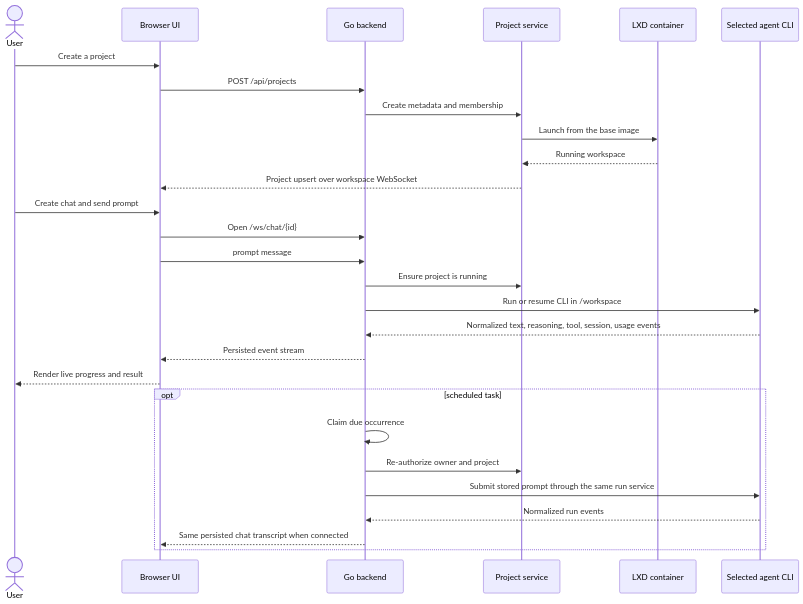
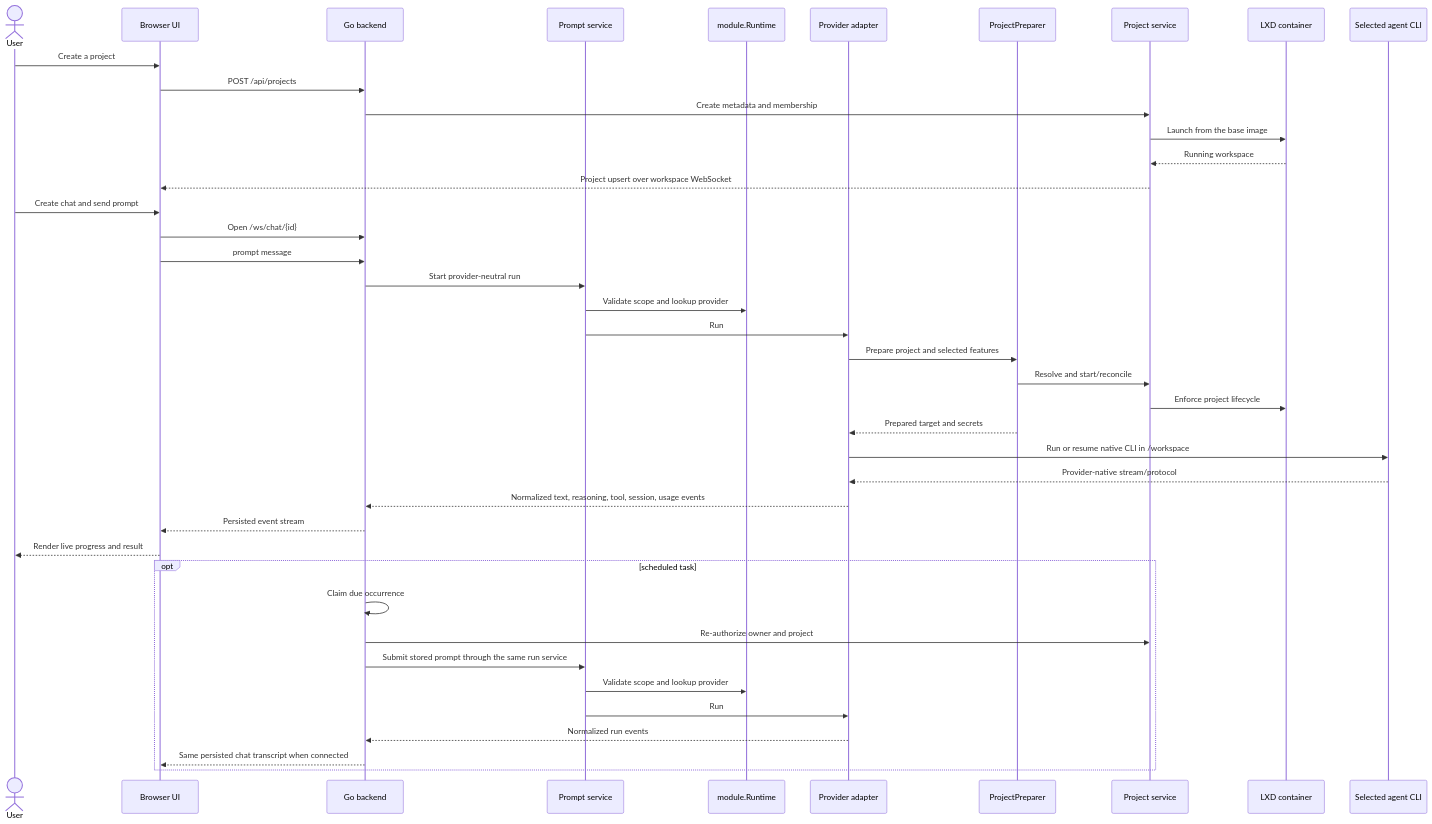
One commit to AbdallahMohamedDotnet/remote.futrx changed the third of 3 diagrams in docs/01-overview/01-system-overview.md. Above: the diagram before and after it, drawn with Mermaid. The commit also changed other lines of this file and 26 other files, not shown here.

````diff
--- a/docs/01-overview/01-system-overview.md
+++ b/docs/01-overview/01-system-overview.md
@@ -77,33 +77,46 @@
 ```mermaid
 sequenceDiagram
     actor User
     participant UI as Browser UI
     participant API as Go backend
+    participant Prompt as Prompt service
+    participant Runtime as module.Runtime
+    participant Provider as Provider adapter
+    participant Prep as ProjectPreparer
     participant Project as Project service
     participant LXD as LXD container
     participant Agent as Selected agent CLI
 
     User->>UI: Create a project
     UI->>API: POST /api/projects
     API->>Project: Create metadata and membership
     Project->>LXD: Launch from the base image
     LXD-->>Project: Running workspace
     Project-->>UI: Project upsert over workspace WebSocket
 
     User->>UI: Create chat and send prompt
     UI->>API: Open /ws/chat/{id}
     UI->>API: prompt message
-    API->>Project: Ensure project is running
-    API->>Agent: Run or resume CLI in /workspace
-    Agent-->>API: Normalized text, reasoning, tool, session, usage events
+    API->>Prompt: Start provider-neutral run
+    Prompt->>Runtime: Validate scope and lookup provider
+    Prompt->>Provider: Run
+    Provider->>Prep: Prepare project and selected features
+    Prep->>Project: Resolve and start/reconcile
+    Project->>LXD: Enforce project lifecycle
+    Prep-->>Provider: Prepared target and secrets
+    Provider->>Agent: Run or resume native CLI in /workspace
+    Agent-->>Provider: Provider-native stream/protocol
+    Provider-->>API: Normalized text, reasoning, tool, session, usage events
     API-->>UI: Persisted event stream
     UI-->>User: Render live progress and result
 
     opt scheduled task
         API->>API: Claim due occurrence
         API->>Project: Re-authorize owner and project
-        API->>Agent: Submit stored prompt through the same run service
-        Agent-->>API: Normalized run events
+        API->>Prompt: Submit stored prompt through the same run service
+        Prompt->>Runtime: Validate scope and lookup provider
+        Prompt->>Provider: Run
+        Provider-->>API: Normalized run events
         API-->>UI: Same persisted chat transcript when connected
     end
 ```
````
